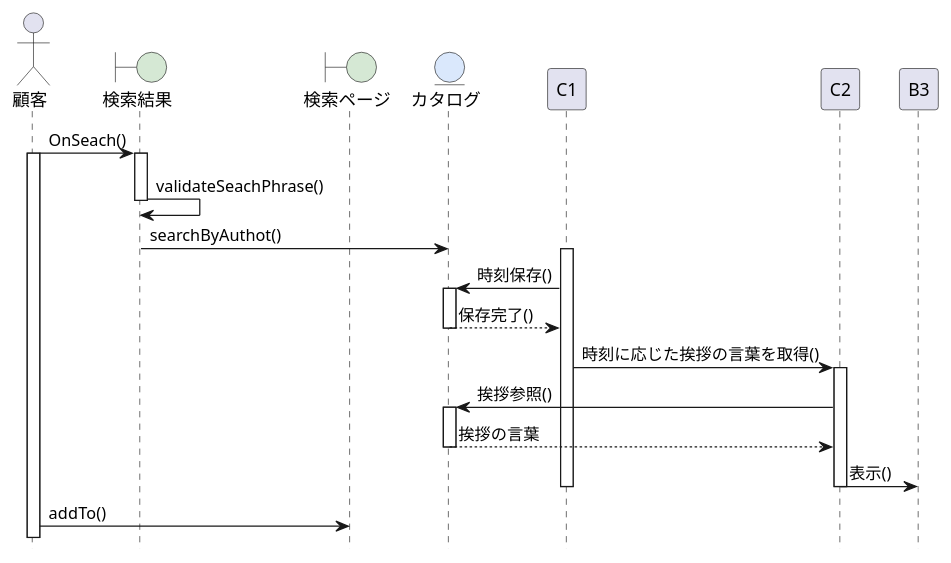
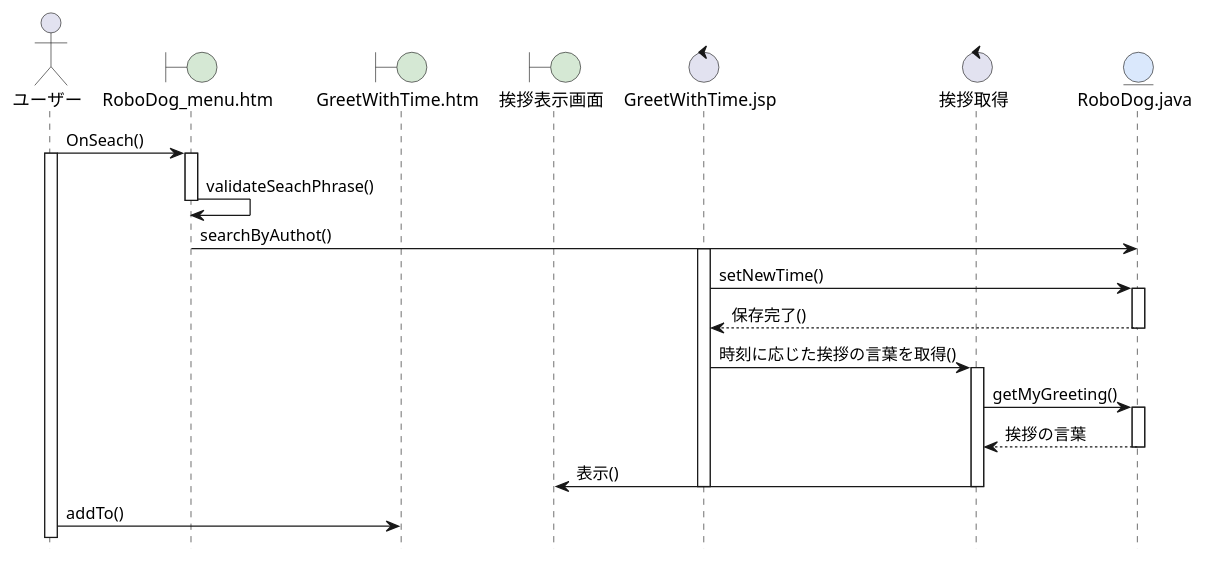
Before and after one commit to ogatasyuto/ohara_uml: the diagram in 06_robo_dog/sequence_02_greeting.pu, drawn with PlantUML. The commit also changed 1 other file, not shown here.

```diff
--- a/06_robo_dog/sequence_02_greeting.pu
+++ b/06_robo_dog/sequence_02_greeting.pu
@@ -1,40 +1,43 @@
 @startuml RoboDogシステム-時刻に応じた挨拶シーケンス図
 hide footbox
 skinparam boundaryBackgroundColor #D5E8D4
 skinparam entityBackgroundColor   #DAE8FC
 
-actor 顧客 as A
-boundary 検索結果  as B1
-boundary 検索ページ as B2
-entity カタログ as E
+actor ユーザー as A
+boundary "RoboDog_menu.htm"  as B1
+boundary "GreetWithTime.htm"  as B2
+boundary 挨拶表示画面 as B3
+control "GreetWithTime.jsp" as C1
+control 挨拶取得 as C2
+entity "RoboDog.java" as E
 
 A -> B1: OnSeach()
 activate A
 
 activate B1
 B1 -> B1: validateSeachPhrase()
 deactivate B1
 
 B1 -> E: searchByAuthot()
 
 
 activate C1
-C1 -> E: 時刻保存()
+C1 -> E: setNewTime()
 activate E
 E --> C1: 保存完了()
 deactivate E
 
 C1 -> C2: 時刻に応じた挨拶の言葉を取得()
 activate C2
-C2 -> E: 挨拶参照()
+C2 -> E: getMyGreeting()
 activate E
 E --> C2: 挨拶の言葉
 deactivate E
 
 C2 -> B3: 表示()
 deactivate C2
 deactivate C1
 deactivate B2
 
 A -> B2: addTo()
 @enduml
```
